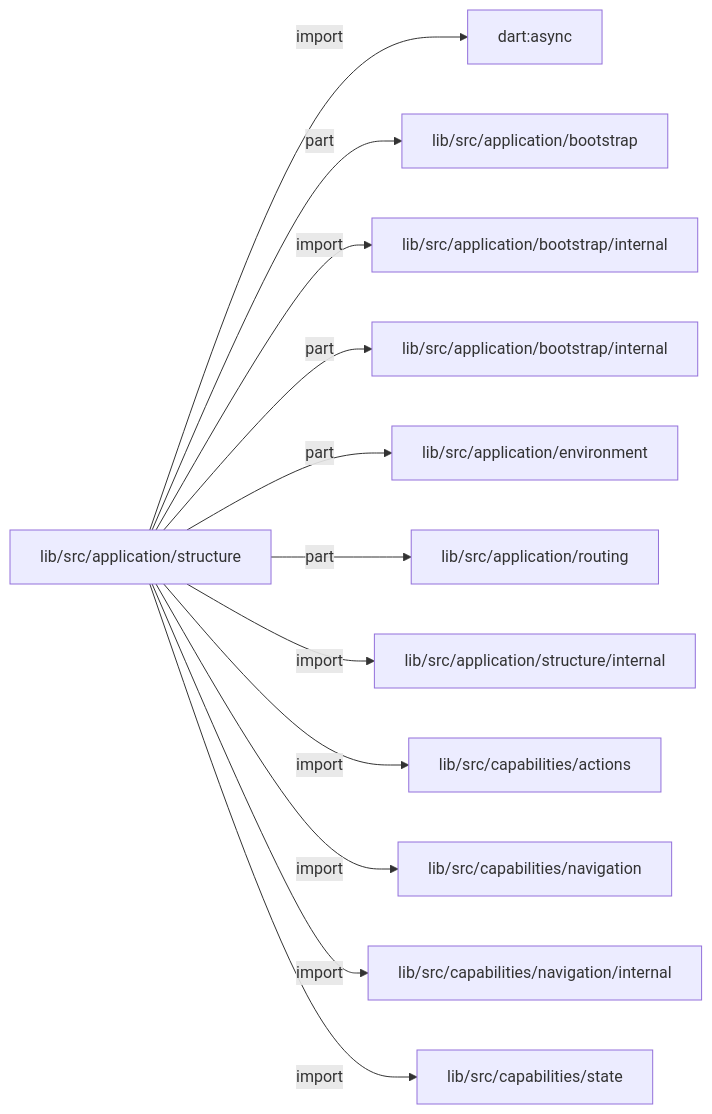
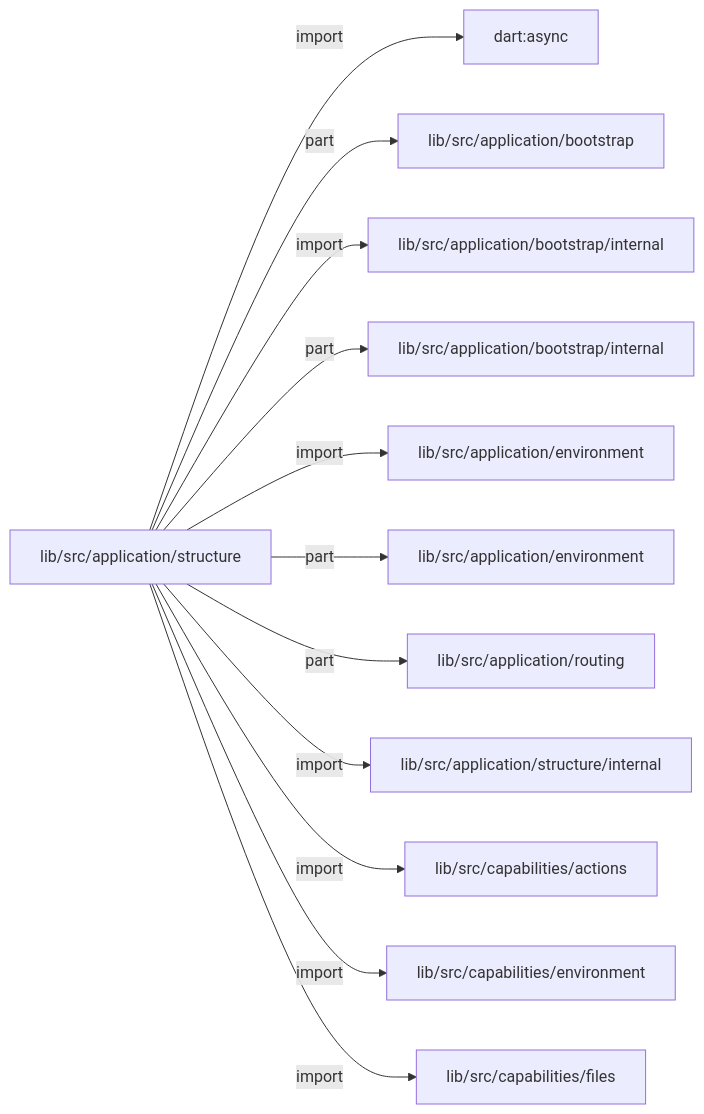
The first of 4 diagrams in docs/architecture/src/application/structure/README.md (MiuDog/Kallopis), drawn with Mermaid before and after one commit. The commit also changed other lines of this file and 9688 other files, not shown here.

Commit message:
Prepare isolated Flow F2 peer baseline

````diff
--- a/docs/architecture/src/application/structure/README.md
+++ b/docs/architecture/src/application/structure/README.md
@@ -13,26 +13,26 @@
 ```mermaid
 flowchart LR
 	n0["lib/src/application/structure"]
 	n1["dart:async"]
 	n2["lib/src/application/bootstrap"]
 	n3["lib/src/application/bootstrap/internal"]
 	n4["lib/src/application/bootstrap/internal"]
 	n5["lib/src/application/environment"]
-	n6["lib/src/application/routing"]
-	n7["lib/src/application/structure/internal"]
-	n8["lib/src/capabilities/actions"]
-	n9["lib/src/capabilities/navigation"]
-	n10["lib/src/capabilities/navigation/internal"]
-	n11["lib/src/capabilities/state"]
+	n6["lib/src/application/environment"]
+	n7["lib/src/application/routing"]
+	n8["lib/src/application/structure/internal"]
+	n9["lib/src/capabilities/actions"]
+	n10["lib/src/capabilities/environment"]
+	n11["lib/src/capabilities/files"]
 	n0 -->|"import"| n1
 	n0 -->|"part"| n2
 	n0 -->|"import"| n3
 	n0 -->|"part"| n4
-	n0 -->|"part"| n5
+	n0 -->|"import"| n5
 	n0 -->|"part"| n6
-	n0 -->|"import"| n7
+	n0 -->|"part"| n7
 	n0 -->|"import"| n8
 	n0 -->|"import"| n9
 	n0 -->|"import"| n10
 	n0 -->|"import"| n11
 ```
````
